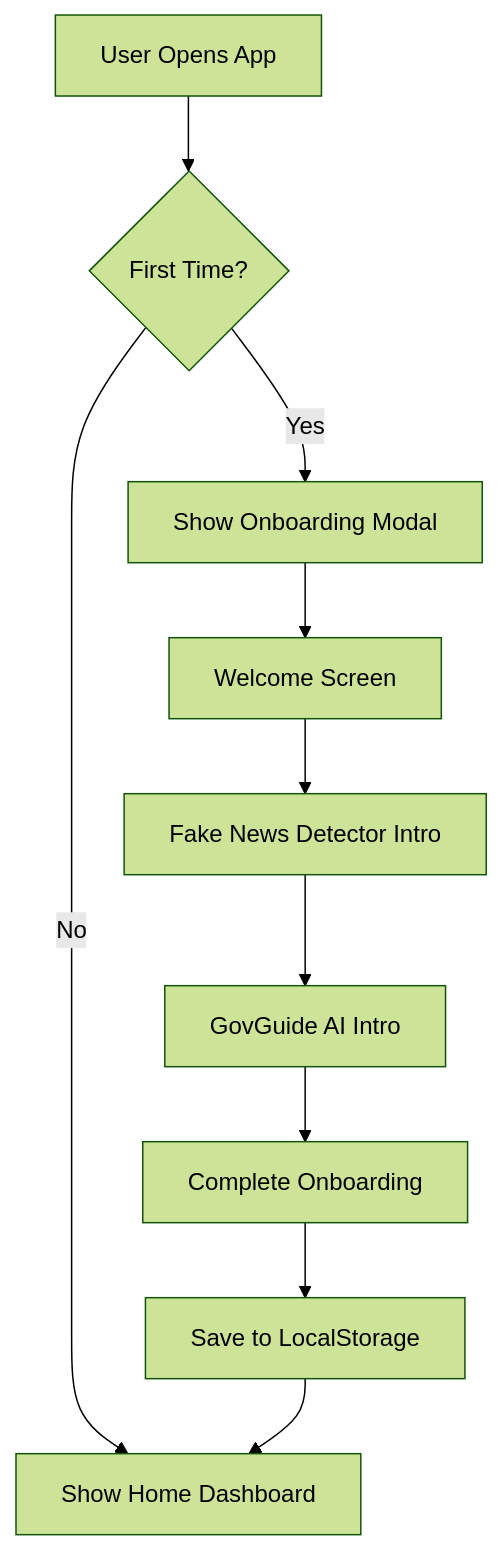
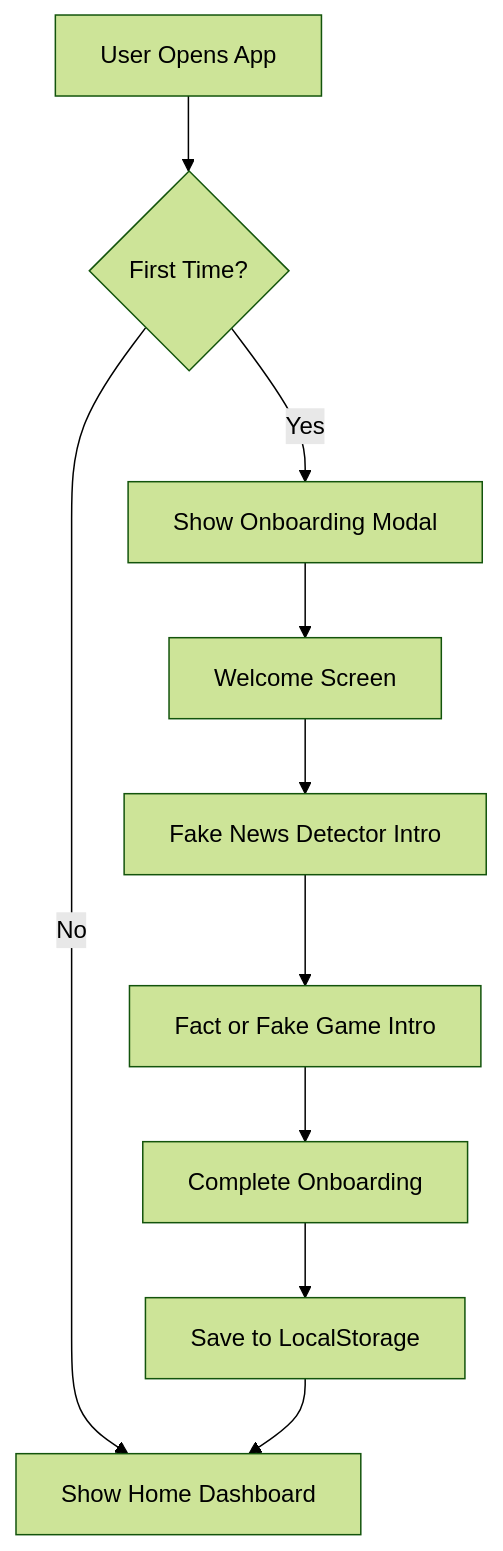
One commit to Galarj/hackathon-try changed the first of 6 diagrams in USER-FLOW.md. Above: the diagram before and after it, drawn with Mermaid (forest theme). The commit also changed other lines of this file and 3 other files, not shown here.

````diff
--- a/USER-FLOW.md
+++ b/USER-FLOW.md
@@ -10,13 +10,13 @@
 ```mermaid
 graph TB
     A[User Opens App] --> B{First Time?}
     B -->|Yes| C[Show Onboarding Modal]
     B -->|No| D[Show Home Dashboard]
     
     C --> E[Welcome Screen]
     E --> F[Fake News Detector Intro]
-    F --> G[GovGuide AI Intro]
+    F --> G[Fact or Fake Game Intro]
     G --> H[Complete Onboarding]
     H --> I[Save to LocalStorage]
     I --> D
 ```
````
